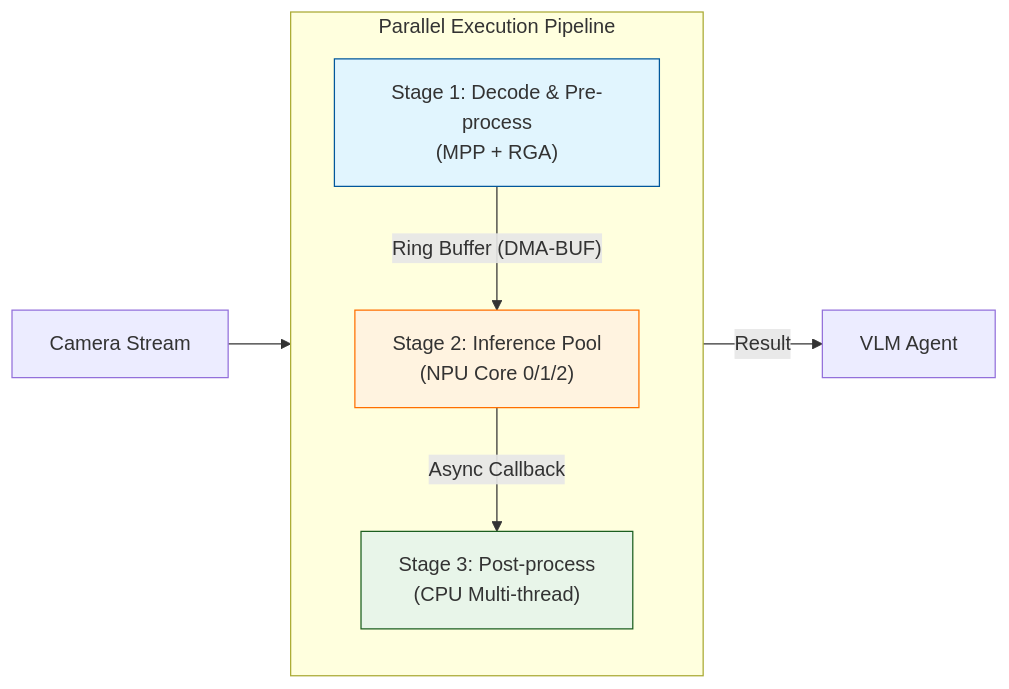
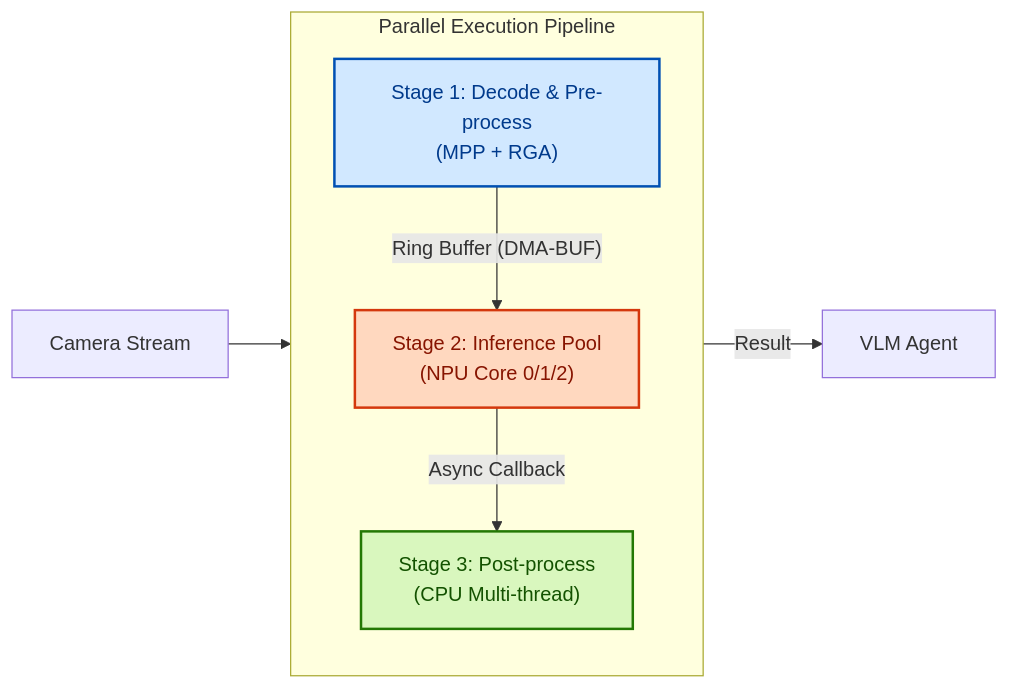
Before and after one commit to WNPPP0114/ORION: the diagram in README.md, drawn with Mermaid.

````diff
--- a/README.md
+++ b/README.md
@@ -36,18 +36,18 @@
 ```mermaid
 graph LR
     subgraph "Parallel Execution Pipeline"
         direction TB
         Stage1["Stage 1: Decode & Pre-process<br/>(MPP + RGA)"] 
         Stage2["Stage 2: Inference Pool<br/>(NPU Core 0/1/2)"]
         Stage3["Stage 3: Post-process<br/>(CPU Multi-thread)"]
     end
 
-    Cam["Camera Stream"] --> Stage1
+    Cam[Camera Stream] --> Stage1
     Stage1 -->|"Ring Buffer (DMA-BUF)"| Stage2
     Stage2 -->|"Async Callback"| Stage3
-    Stage3 -->|"Result"| App["VLM Agent"]
+    Stage3 -->|"Result"| App[VLM Agent]
 
-    style Stage1 fill:#e1f5fe,stroke:#01579b
-    style Stage2 fill:#fff3e0,stroke:#ff6f00
-    style Stage3 fill:#e8f5e9,stroke:#1b5e20
+    style Stage1 fill:#D1E8FF,stroke:#0050B3,stroke-width:2px,color:#003A8C
+    style Stage2 fill:#FFD8BF,stroke:#D4380D,stroke-width:2px,color:#871400
+    style Stage3 fill:#D9F7BE,stroke:#237804,stroke-width:2px,color:#135200
 ```
````
